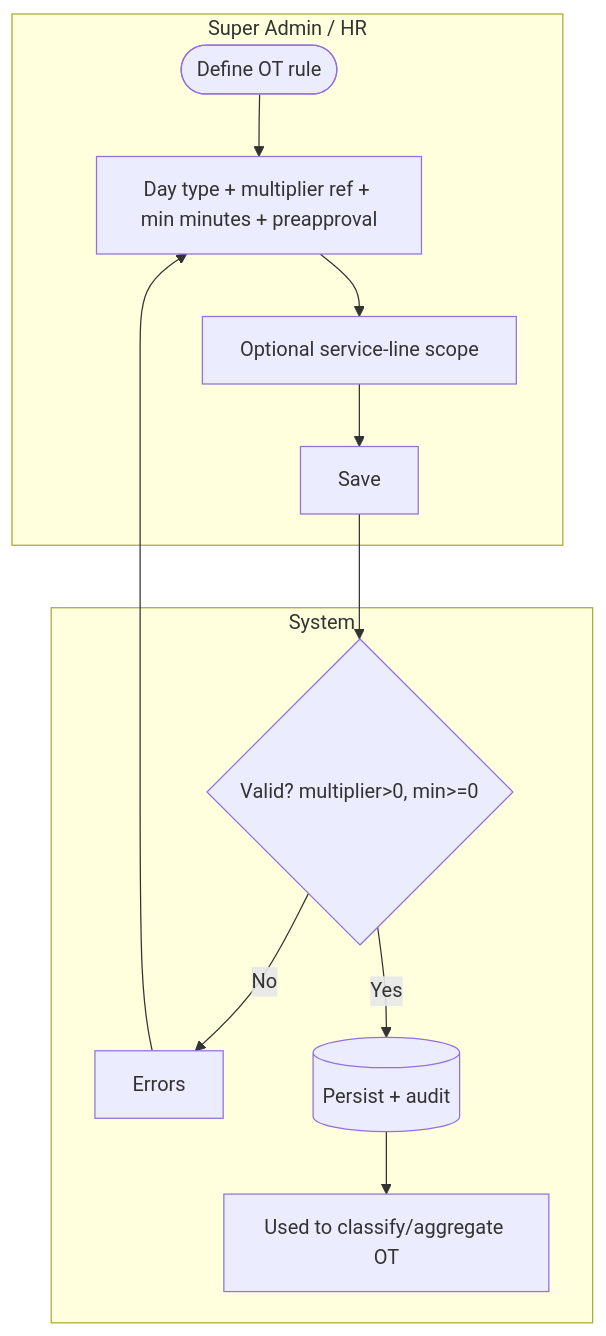
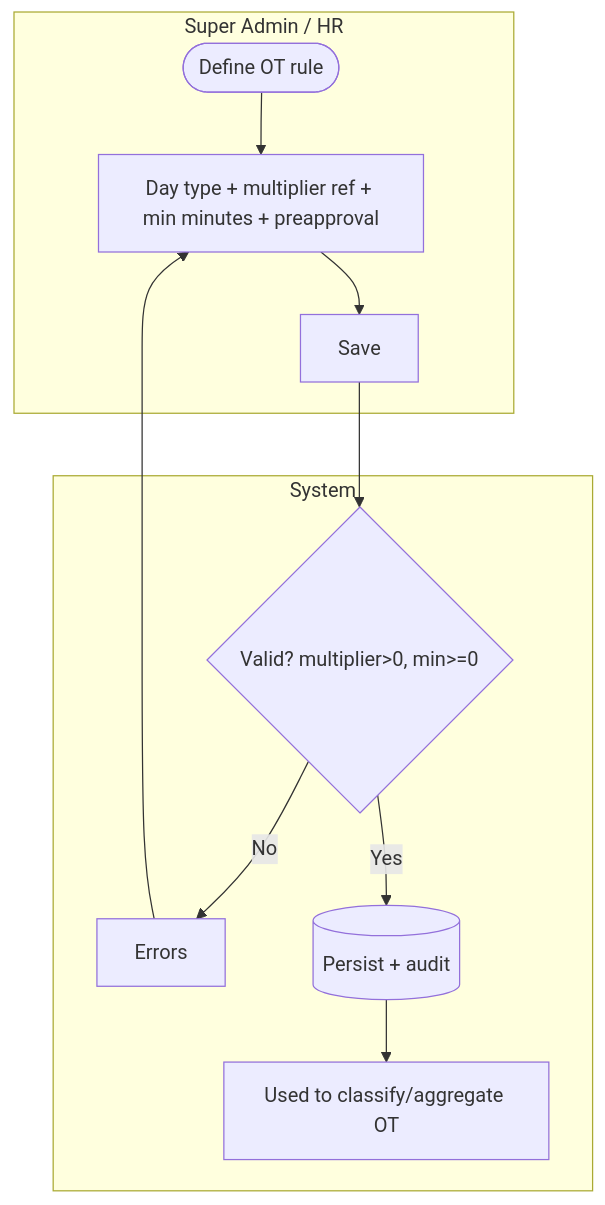
The second of 5 diagrams in docs/epics/E7-overtime/FEATURE.md (hariszaki17/hris-outsource), drawn with Mermaid before and after one commit. The commit also changed other lines of this file and 239 other files, not shown here.

First line of the commit message:
feat!: remove service line concept end-to-end

````diff
--- a/docs/epics/E7-overtime/FEATURE.md
+++ b/docs/epics/E7-overtime/FEATURE.md
@@ -109,14 +107,13 @@
 ```mermaid
 flowchart TD
     subgraph Admin[Super Admin / HR]
         A1([Define OT rule]) --> A2[Day type + multiplier ref + min minutes + preapproval]
-        A2 --> A3[Optional service-line scope]
-        A3 --> A4[Save]
+        A2 --> A4[Save]
     end
     subgraph SYS[System]
         A4 --> S1{Valid? multiplier>0, min>=0}
         S1 -- No --> S2[Errors] --> A2
         S1 -- Yes --> S3[(Persist + audit)]
         S3 --> S4[Used to classify/aggregate OT]
     end
 ```
````
